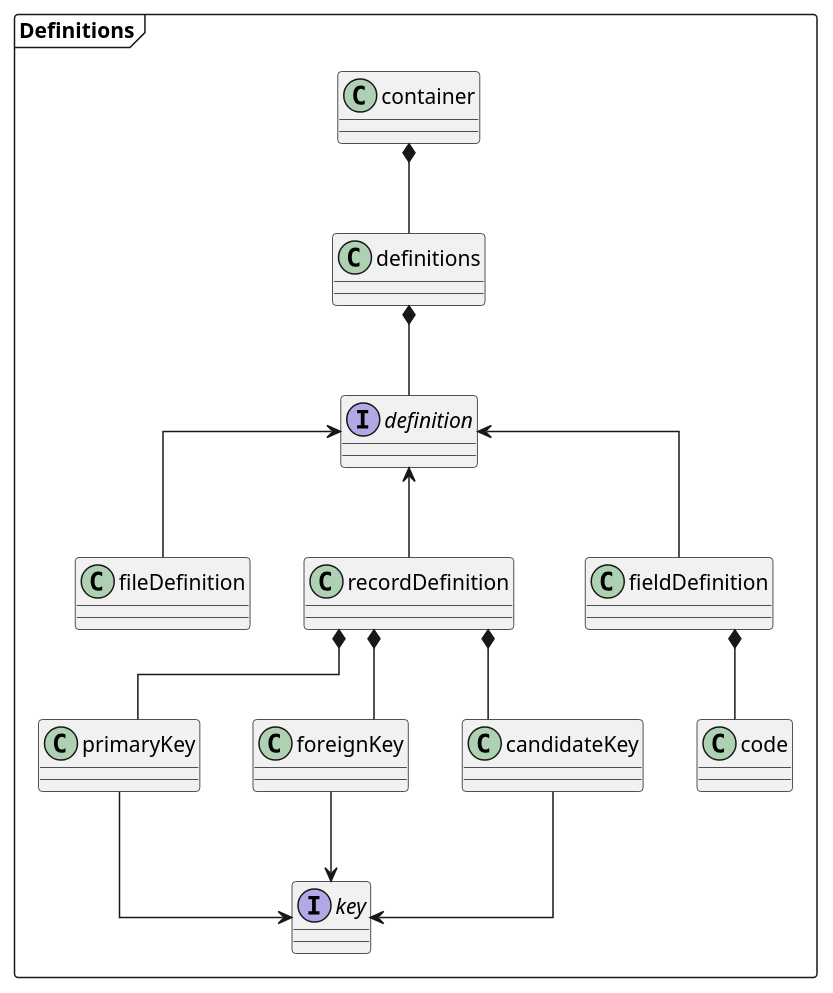
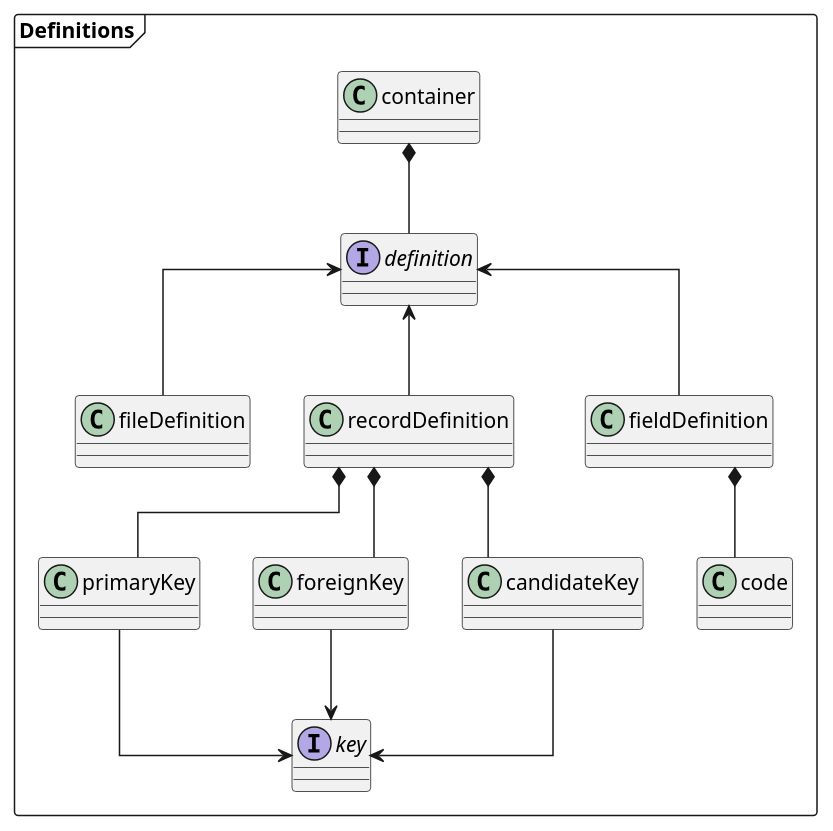
One commit to joergen-vs/73027c42-c2cd-4c62-b1f4-2532c0eb8dab changed the diagram in usage/aspirations/umls/uml-definition.puml. Above: the diagram before and after it, drawn with PlantUML.

```diff
--- a/usage/aspirations/umls/uml-definition.puml
+++ b/usage/aspirations/umls/uml-definition.puml
@@ -1,28 +1,26 @@
 @startuml
 skinparam linetype polyline
 skinparam linetype ortho
 
 package "Definitions" <<Frame>> {
 
 interface definition
 interface key
 
-container *-- definitions
-
-definitions *-- definition
+container *-- definition
 
 definition <-- fileDefinition
 definition <-- recordDefinition
 definition <-- fieldDefinition
 
 recordDefinition *-- primaryKey
 recordDefinition *-- foreignKey
 recordDefinition *-- candidateKey
 primaryKey --> key
 foreignKey --> key
 candidateKey --> key
 
 fieldDefinition *-- code
 }
 
 @enduml
```
